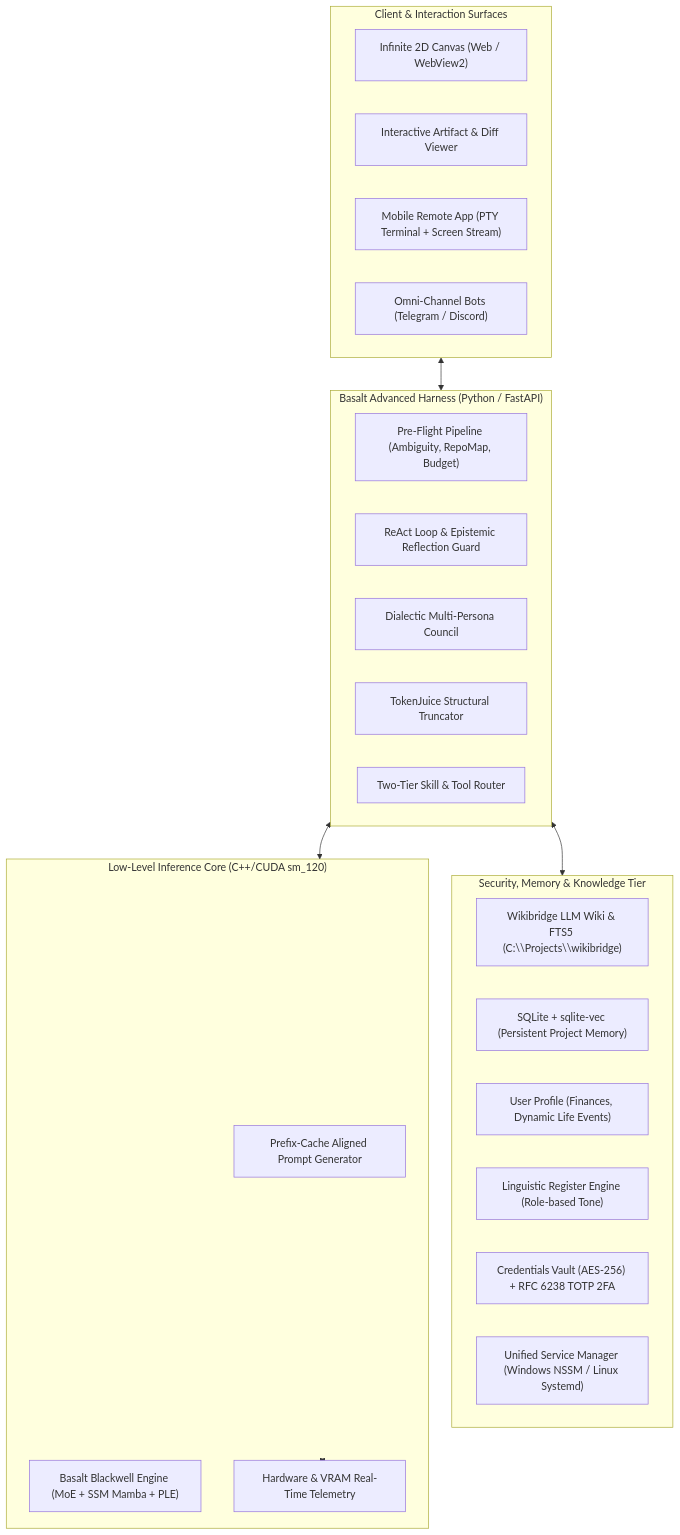
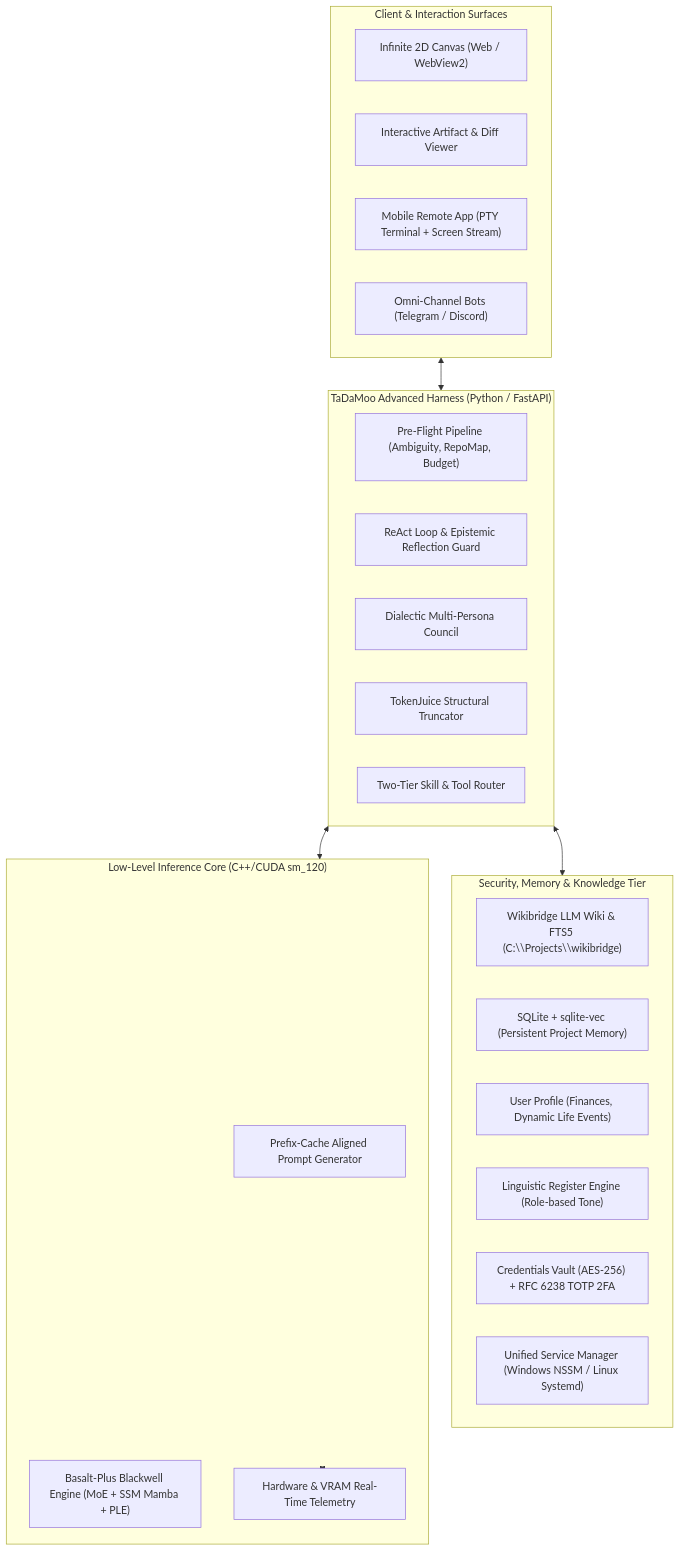
Before and after one commit to nuspy/tadamoo: the sixth of 7 diagrams in the_way_to_the_moon.ORIGINALE.md, drawn with Mermaid. The commit also changed other lines of this file and 163 other files, not shown here.

First line of the commit message:
rename: the product name in prose becomes TaDaMoo and the engine's becomes Basalt-Plus

````diff
--- a/the_way_to_the_moon.ORIGINALE.md
+++ b/the_way_to_the_moon.ORIGINALE.md
@@ -678,37 +678,37 @@
 ```mermaid
 flowchart TD
     subgraph Client_Tier ["Client & Interaction Surfaces"]
         CANVAS["Infinite 2D Canvas (Web / WebView2)"]
         DIFF["Interactive Artifact & Diff Viewer"]
         MOB["Mobile Remote App (PTY Terminal + Screen Stream)"]
         GATE["Omni-Channel Bots (Telegram / Discord)"]
     end
 
-    subgraph Orchestration_Tier ["Basalt Advanced Harness (Python / FastAPI)"]
+    subgraph Orchestration_Tier ["TaDaMoo Advanced Harness (Python / FastAPI)"]
         PRE["Pre-Flight Pipeline (Ambiguity, RepoMap, Budget)"]
         REACT["ReAct Loop & Epistemic Reflection Guard"]
         COUNCIL["Dialectic Multi-Persona Council"]
         TJ["TokenJuice Structural Truncator"]
         ROUTER["Two-Tier Skill & Tool Router"]
     end
 
     subgraph Security_Vault ["Security, Memory & Knowledge Tier"]
         WIKI["Wikibridge LLM Wiki & FTS5 (C:\\Projects\\wikibridge)"]
         SQL["SQLite + sqlite-vec (Persistent Project Memory)"]
         USER["User Profile (Finances, Dynamic Life Events)"]
         REG["Linguistic Register Engine (Role-based Tone)"]
         VAULT["Credentials Vault (AES-256) + RFC 6238 TOTP 2FA"]
         SRV_MGR["Unified Service Manager (Windows NSSM / Linux Systemd)"]
     end
 
     subgraph Hardware_Core ["Low-Level Inference Core (C++/CUDA sm_120)"]
         ALIGN["Prefix-Cache Aligned Prompt Generator"]
-        ENGINE["Basalt Blackwell Engine (MoE + SSM Mamba + PLE)"]
+        ENGINE["Basalt-Plus Blackwell Engine (MoE + SSM Mamba + PLE)"]
         VRAM["Hardware & VRAM Real-Time Telemetry"]
     end
 
     Client_Tier <--> Orchestration_Tier
     Orchestration_Tier <--> Security_Vault
     Orchestration_Tier <--> Hardware_Core
     Hardware_Core <--> VRAM
 ```
````
